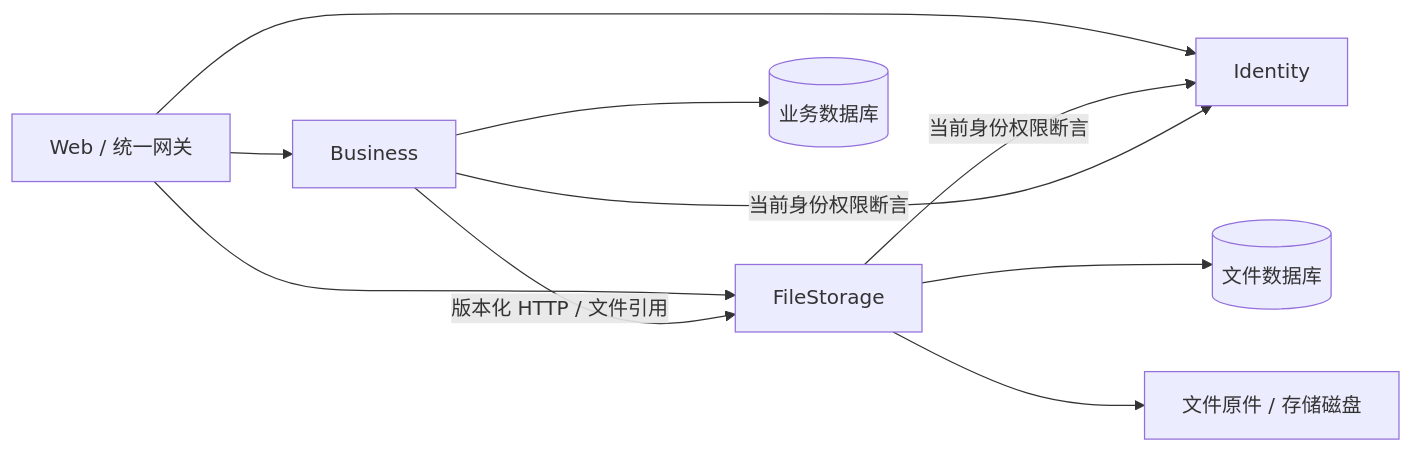
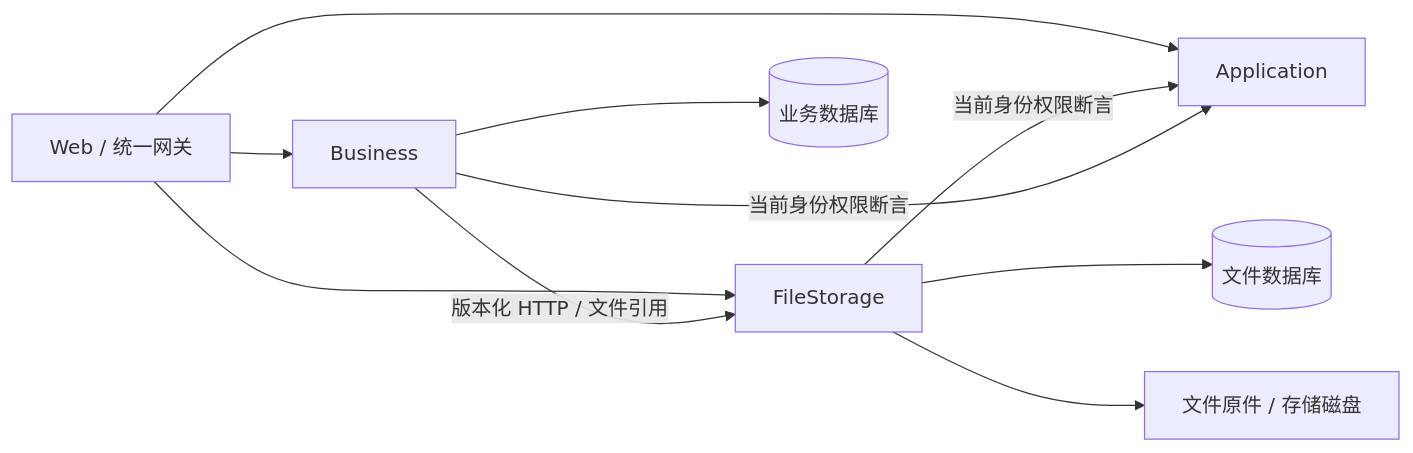
Before and after one commit to zrongqing/Devkit: the diagram in server/docs/文件服务独立部署.md, drawn with Mermaid. The commit also changed other lines of this file and 196 other files, not shown here.

````diff
--- a/server/docs/文件服务独立部署.md
+++ b/server/docs/文件服务独立部署.md
@@ -13,12 +13,12 @@
 ```mermaid
 flowchart LR
-    Web[Web / 统一网关] --> Identity
+    Web[Web / 统一网关] --> Application
     Web --> Files[FileStorage]
     Web --> Business
-    Files -->|当前身份权限断言| Identity
-    Business -->|当前身份权限断言| Identity
+    Files -->|当前身份权限断言| Application
+    Business -->|当前身份权限断言| Application
     Business -->|版本化 HTTP / 文件引用| Files
     Files --> FileDB[(文件数据库)]
     Files --> Disk[文件原件 / 存储磁盘]
     Business --> BusinessDB[(业务数据库)]
 ```
````
